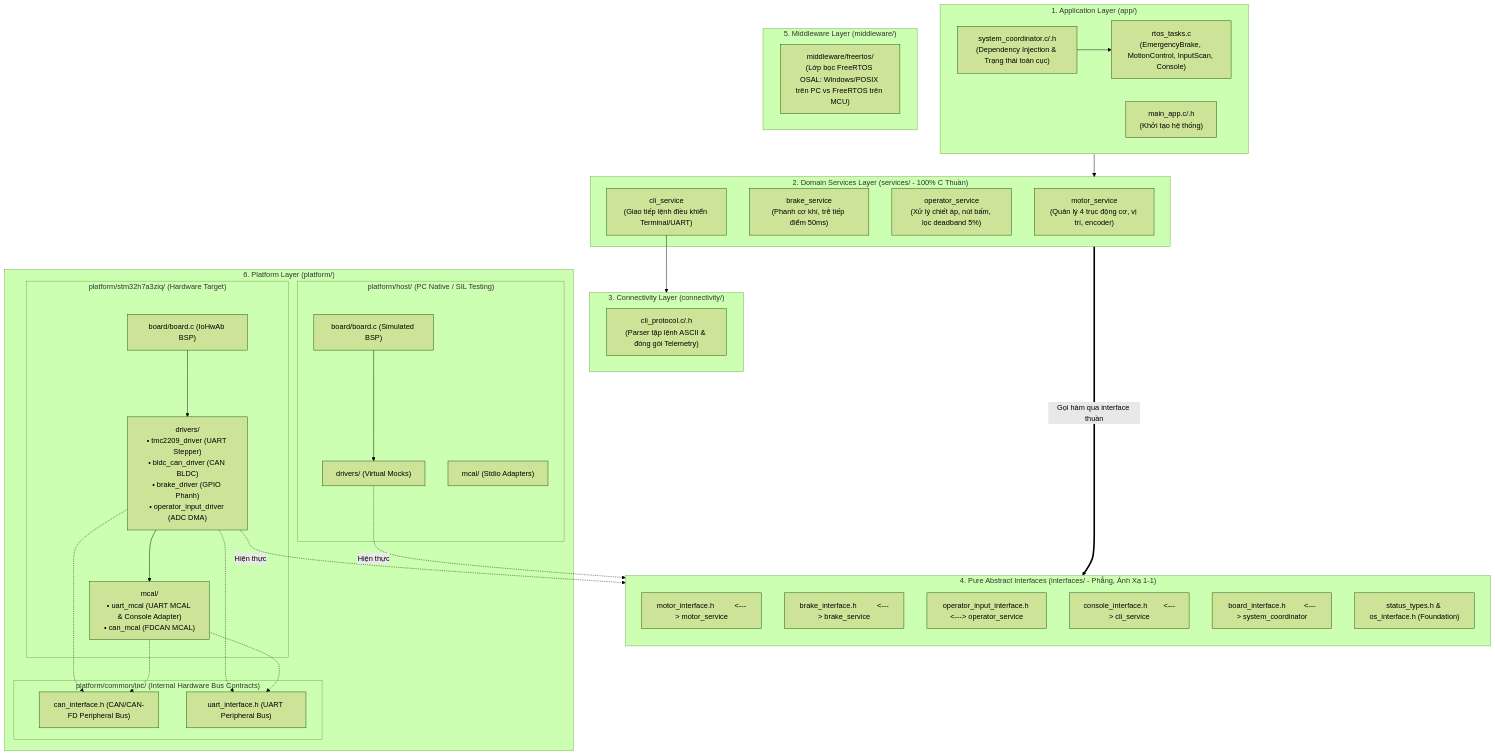
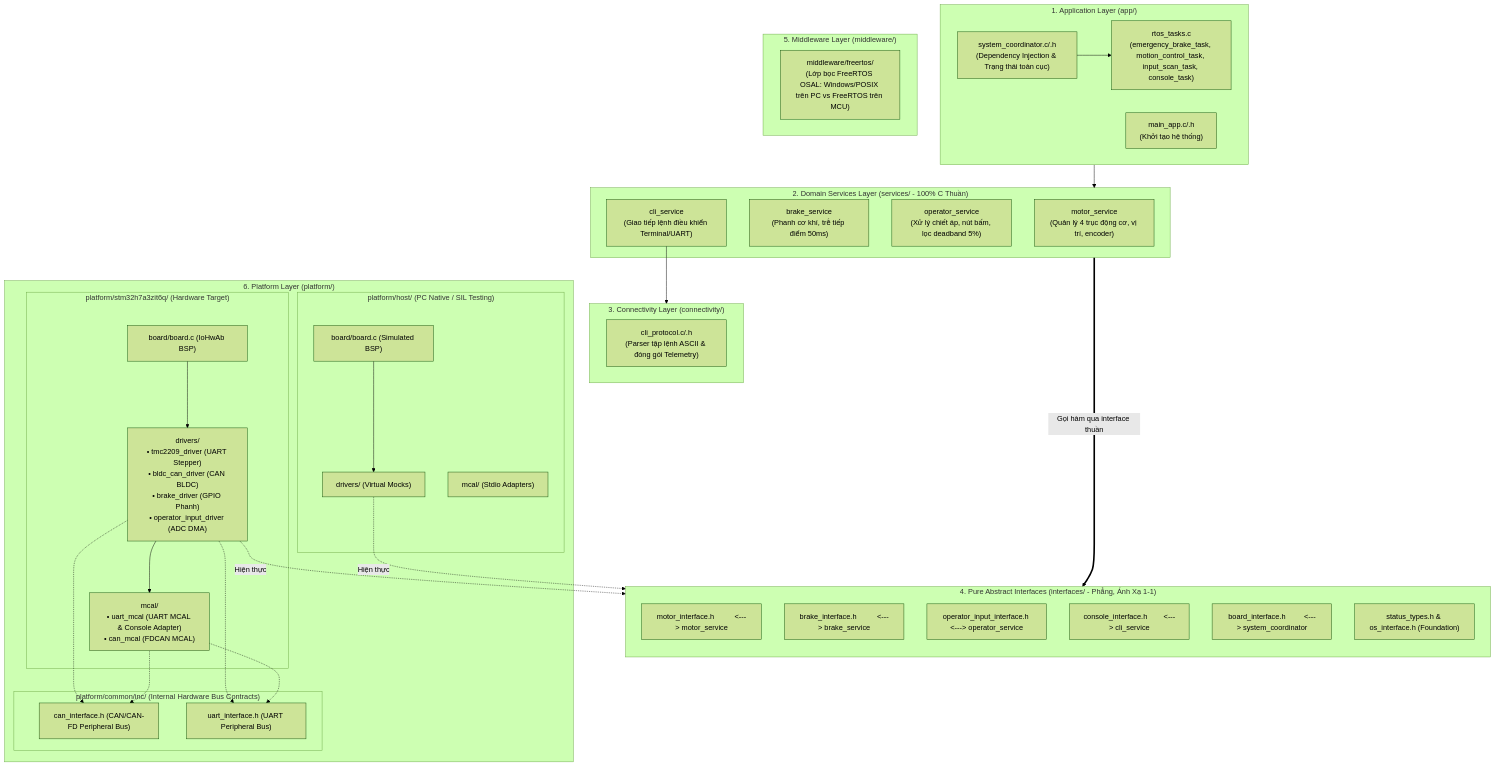
Before and after one commit to pempem98/ToolController: the diagram in README.md, drawn with Mermaid (forest theme). The commit also changed other lines of this file and 211 other files, not shown here.

First line of the commit message:
refactor(project): standardize naming to surgical-instrument-controller and STM32H7A3ZIT6Q

````diff
--- a/README.md
+++ b/README.md
@@ -11,66 +11,66 @@
 ```mermaid
 flowchart TD
     subgraph APP_LAYER ["1. Application Layer (app/)"]
         SC["system_coordinator.c/.h<br/>(Dependency Injection & Trạng thái toàn cục)"]
-        RTOS["rtos_tasks.c<br/>(EmergencyBrake, MotionControl, InputScan, Console)"]
+        RTOS["rtos_tasks.c<br/>(emergency_brake_task, motion_control_task, input_scan_task, console_task)"]
         MAIN["main_app.c/.h<br/>(Khởi tạo hệ thống)"]
         SC --> RTOS
     end
 
     subgraph SERVICES_LAYER ["2. Domain Services Layer (services/ - 100% C Thuần)"]
         MS["motor_service<br/>(Quản lý 4 trục động cơ, vị trí, encoder)"]
         BS["brake_service<br/>(Phanh cơ khí, trễ tiếp điểm 50ms)"]
         OS["operator_service<br/>(Xử lý chiết áp, nút bấm, lọc deadband 5%)"]
         CS["cli_service<br/>(Giao tiếp lệnh điều khiển Terminal/UART)"]
     end
 
     subgraph CONNECTIVITY_LAYER ["3. Connectivity Layer (connectivity/)"]
         CLI_PROTO["cli_protocol.c/.h<br/>(Parser tập lệnh ASCII & đóng gói Telemetry)"]
     end
 
     subgraph INTERFACES_LAYER ["4. Pure Abstract Interfaces (interfaces/ - Phẳng, Ánh Xạ 1-1)"]
         direction TB
         MI["motor_interface.h          <---> motor_service"]
         BI["brake_interface.h          <---> brake_service"]
         OI["operator_input_interface.h <---> operator_service"]
         CI["console_interface.h        <---> cli_service"]
         BOI["board_interface.h         <---> system_coordinator"]
         ST["status_types.h & os_interface.h (Foundation)"]
     end
 
     subgraph MIDDLEWARE_LAYER ["5. Middleware Layer (middleware/)"]
         OSAL["middleware/freertos/<br/>(Lớp bọc FreeRTOS OSAL: Windows/POSIX trên PC vs FreeRTOS trên MCU)"]
     end
 
     subgraph PLATFORM_LAYER ["6. Platform Layer (platform/)"]
         subgraph PLAT_COMMON ["platform/common/inc/ (Internal Hardware Bus Contracts)"]
             CAN_IF["can_interface.h (CAN/CAN-FD Peripheral Bus)"]
             UART_IF["uart_interface.h (UART Peripheral Bus)"]
         end
 
-        subgraph STM32_PLAT ["platform/stm32h7a3ziq/ (Hardware Target)"]
+        subgraph STM32_PLAT ["platform/stm32h7a3zit6q/ (Hardware Target)"]
             B_REAL["board/board.c (IoHwAb BSP)"]
             DRV_REAL["drivers/<br/>• tmc2209_driver (UART Stepper)<br/>• bldc_can_driver (CAN BLDC)<br/>• brake_driver (GPIO Phanh)<br/>• operator_input_driver (ADC DMA)"]
             MCAL_REAL["mcal/<br/>• uart_mcal (UART MCAL & Console Adapter)<br/>• can_mcal (FDCAN MCAL)"]
             B_REAL --> DRV_REAL
             DRV_REAL --> MCAL_REAL
         end
 
         subgraph HOST_PLAT ["platform/host/ (PC Native / SIL Testing)"]
             B_HOST["board/board.c (Simulated BSP)"]
             DRV_HOST["drivers/ (Virtual Mocks)"]
             MCAL_HOST["mcal/ (Stdio Adapters)"]
             B_HOST --> DRV_HOST
         end
     end
 
     APP_LAYER --> SERVICES_LAYER
     CS --> CONNECTIVITY_LAYER
     SERVICES_LAYER ====>|Gọi hàm qua interface thuần| INTERFACES_LAYER
     DRV_REAL -.->|Hiện thực| INTERFACES_LAYER
     DRV_HOST -.->|Hiện thực| INTERFACES_LAYER
     DRV_REAL -.-> CAN_IF
     DRV_REAL -.-> UART_IF
     MCAL_REAL -.-> CAN_IF
     MCAL_REAL -.-> UART_IF
 ```
````
